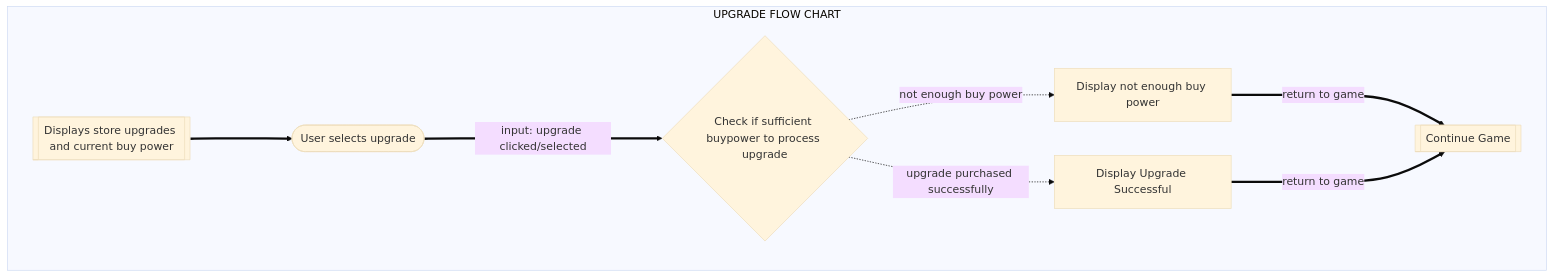
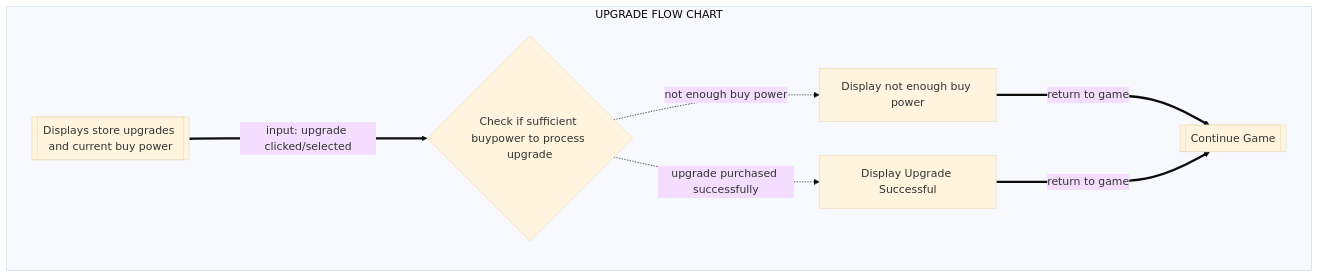
Before and after one commit to kaesotiric/money_clicker_game: the second of 2 diagrams in flows.md, drawn with Mermaid (base theme). The commit also changed other lines of this file and 1 other file, not shown here.

````diff
--- a/flows.md
+++ b/flows.md
@@ -24,17 +23,17 @@
 ```mermaid
 flowchart TD
     subgraph UPGRADE FLOW CHART
         display[[Displays store upgrades and current buy power]]
-        selectUpgrade([User selects upgrade])
+%%        selectUpgrade[User selects upgrade]
         errorDisplay[Display not enough buy power]
         continueGame[[Continue Game]]
         display-result{Check if sufficient buypower to process upgrade}
         upgraded[Display Upgrade Successful]
-        display===> selectUpgrade
-        selectUpgrade == input: upgrade clicked/selected ===> display-result
+%%        display===> display-result
+        display == input: upgrade clicked/selected ===> display-result
         display-result -. upgrade purchased successfully .-> upgraded
         display-result -. not enough buy power .-> errorDisplay
         errorDisplay== return to game ===>continueGame
         upgraded== return to game ===>continueGame
     end
 ```
````
